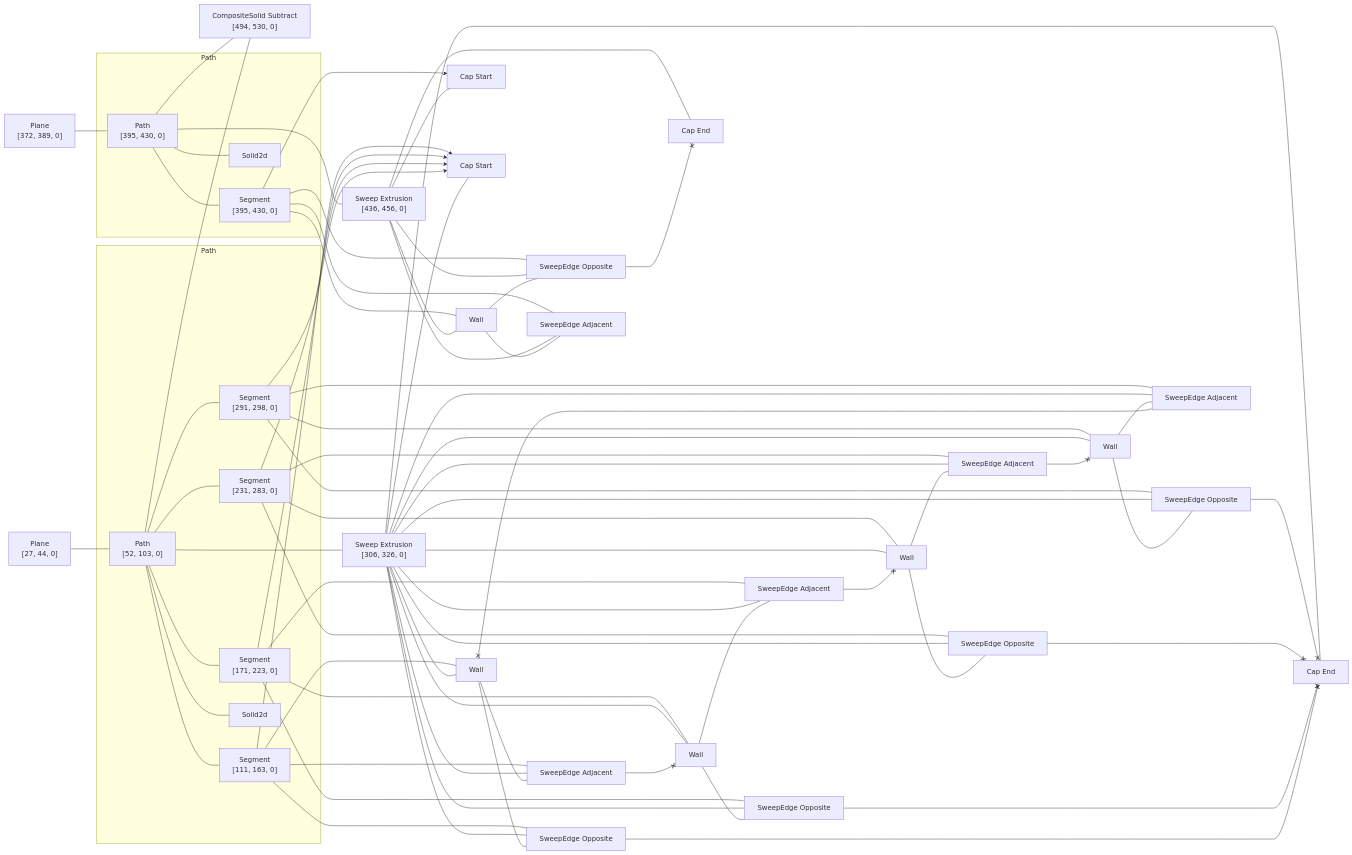
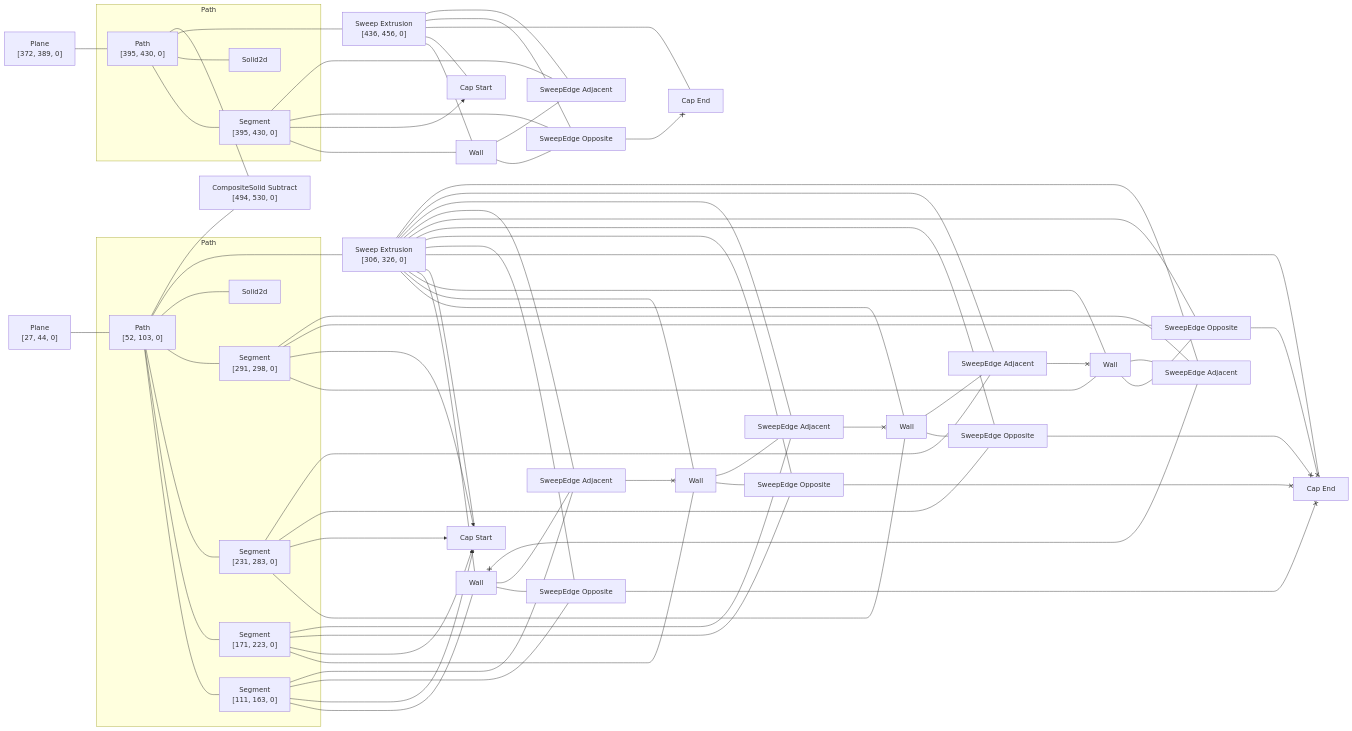
Before and after one commit to rajgandhi1/modeling-app: the diagram in rust/kcl-lib/tests/subtract_cylinder_from_cube/artifact_graph_flowchart.snap.md, drawn with Mermaid. The commit also changed 101 other files, not shown here.

```diff
--- a/rust/kcl-lib/tests/subtract_cylinder_from_cube/artifact_graph_flowchart.snap.md
+++ b/rust/kcl-lib/tests/subtract_cylinder_from_cube/artifact_graph_flowchart.snap.md
@@ -52,20 +52,20 @@
   4 --- 14
   5 --- 18
   5 x--> 21
-  5 --- 27
+  5 --- 24
   5 --- 29
   6 --- 16
   6 x--> 21
-  6 --- 26
-  6 --- 32
+  6 --- 25
+  6 --- 30
   7 --- 15
   7 x--> 21
-  7 --- 25
+  7 --- 26
   7 --- 31
   8 --- 17
   8 x--> 21
-  8 --- 24
-  8 --- 30
+  8 --- 27
+  8 --- 32
   9 --- 19
   9 x--> 20
   9 --- 28
@@ -89,18 +89,18 @@
   13 --- 22
   13 --- 28
   13 --- 33
-  15 --- 25
+  15 --- 26
+  30 <--x 15
   15 --- 31
-  32 <--x 15
-  16 --- 26
+  16 --- 25
   29 <--x 16
-  16 --- 32
-  17 --- 24
-  17 --- 30
+  16 --- 30
+  17 --- 27
   31 <--x 17
-  18 --- 27
+  17 --- 32
+  18 --- 24
   18 --- 29
-  30 <--x 18
+  32 <--x 18
   19 --- 28
   19 --- 33
   28 <--x 22
```
